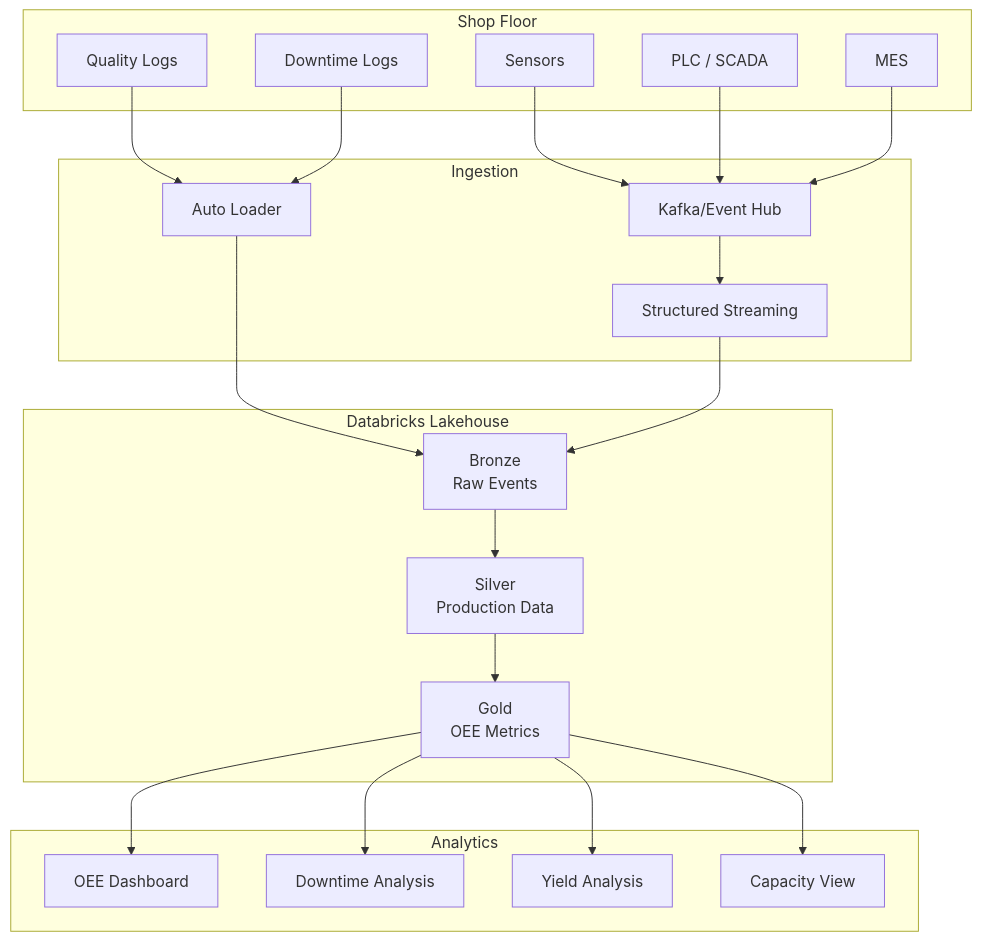
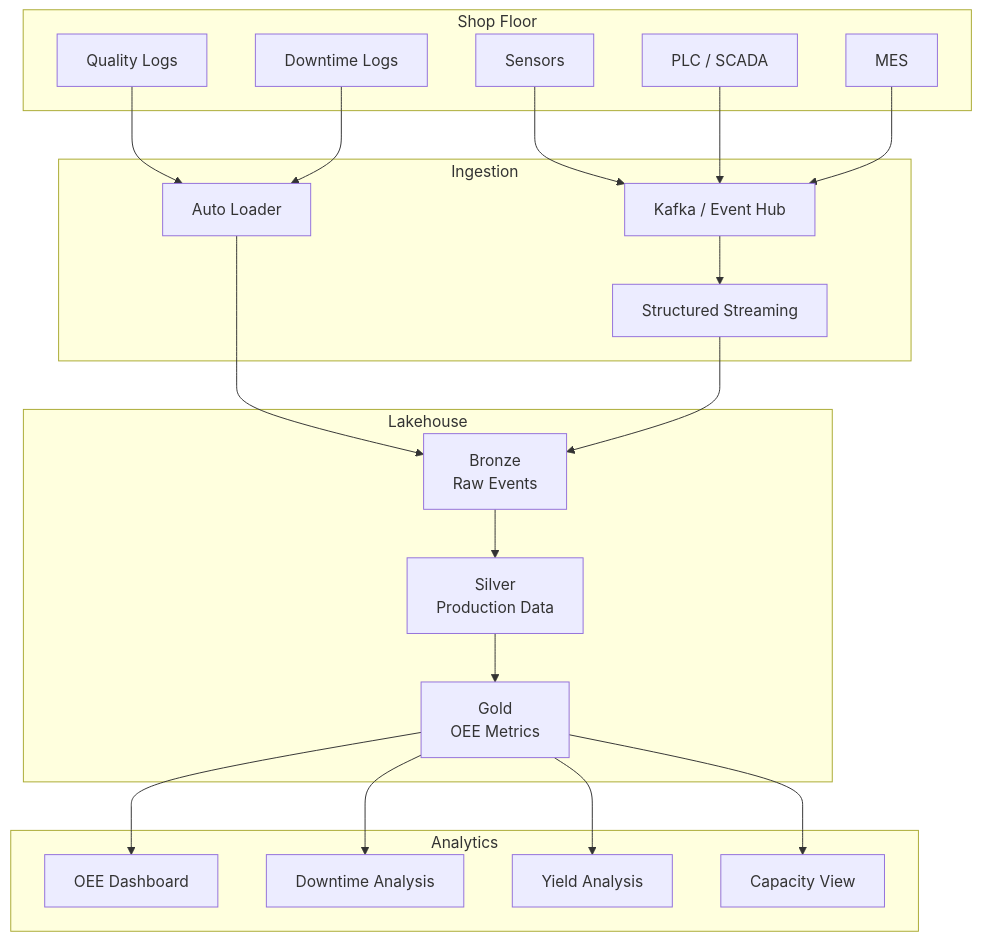
Before and after one commit to SOLVERIGHT/smart-manufacturing: the diagram in README.md, drawn with Mermaid. The commit also changed other lines of this file, not shown here.

````diff
--- a/README.md
+++ b/README.md
@@ -3,48 +1,48 @@
 ```mermaid
 flowchart TB
 
     subgraph ShopFloor["Shop Floor"]
         Sensors["Sensors"]
         PLC["PLC / SCADA"]
         MES["MES"]
         Quality["Quality Logs"]
         Downtime["Downtime Logs"]
     end
 
     subgraph Ingestion["Ingestion"]
-        EventHub["Kafka/Event Hub"]
+        EventHub["Kafka / Event Hub"]
         AutoLoader["Auto Loader"]
         Streaming["Structured Streaming"]
     end
 
-    subgraph Lakehouse["Databricks Lakehouse"]
+    subgraph Lakehouse["Lakehouse"]
         Bronze["Bronze<br/>Raw Events"]
         Silver["Silver<br/>Production Data"]
         Gold["Gold<br/>OEE Metrics"]
     end
 
     subgraph Analytics["Analytics"]
         OEE["OEE Dashboard"]
         DowntimeRpt["Downtime Analysis"]
         YieldRpt["Yield Analysis"]
         CapacityRpt["Capacity View"]
     end
 
     Sensors --> EventHub
     PLC --> EventHub
     MES --> EventHub
     Quality --> AutoLoader
     Downtime --> AutoLoader
 
     EventHub --> Streaming
     AutoLoader --> Bronze
     Streaming --> Bronze
 
     Bronze --> Silver
     Silver --> Gold
 
     Gold --> OEE
     Gold --> DowntimeRpt
     Gold --> YieldRpt
     Gold --> CapacityRpt
 ```
````
